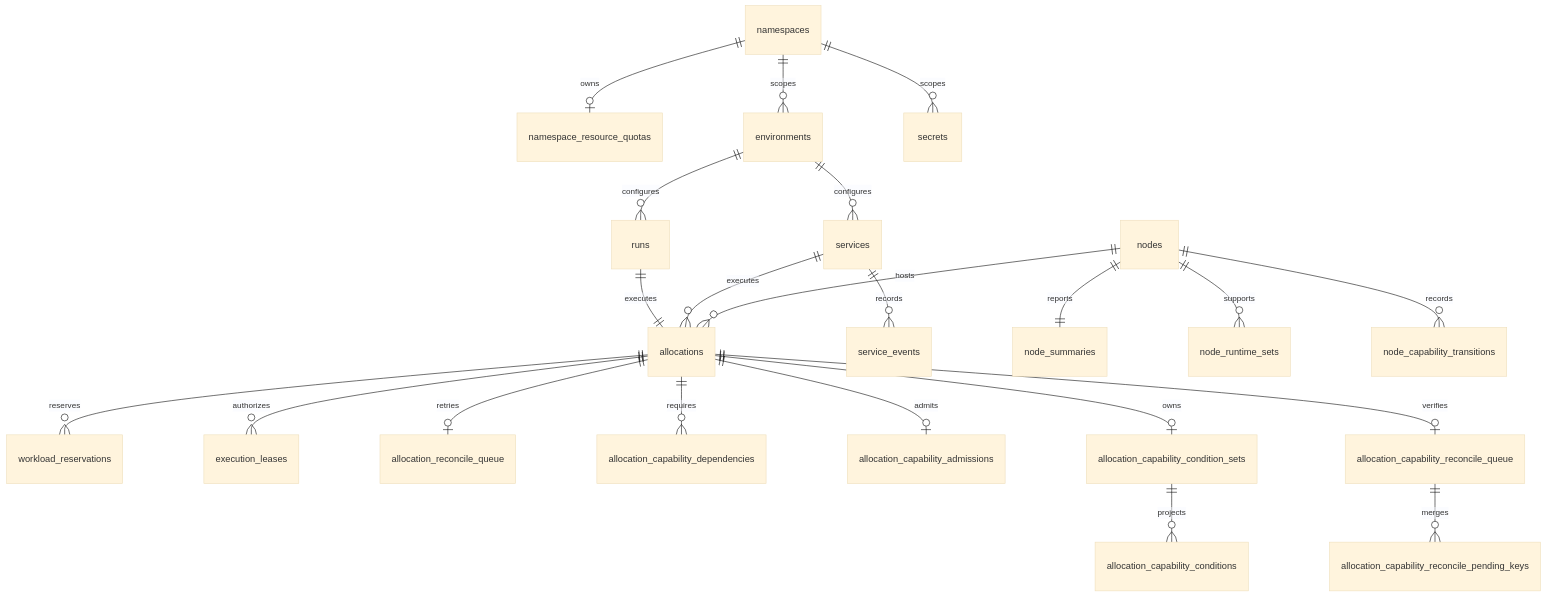
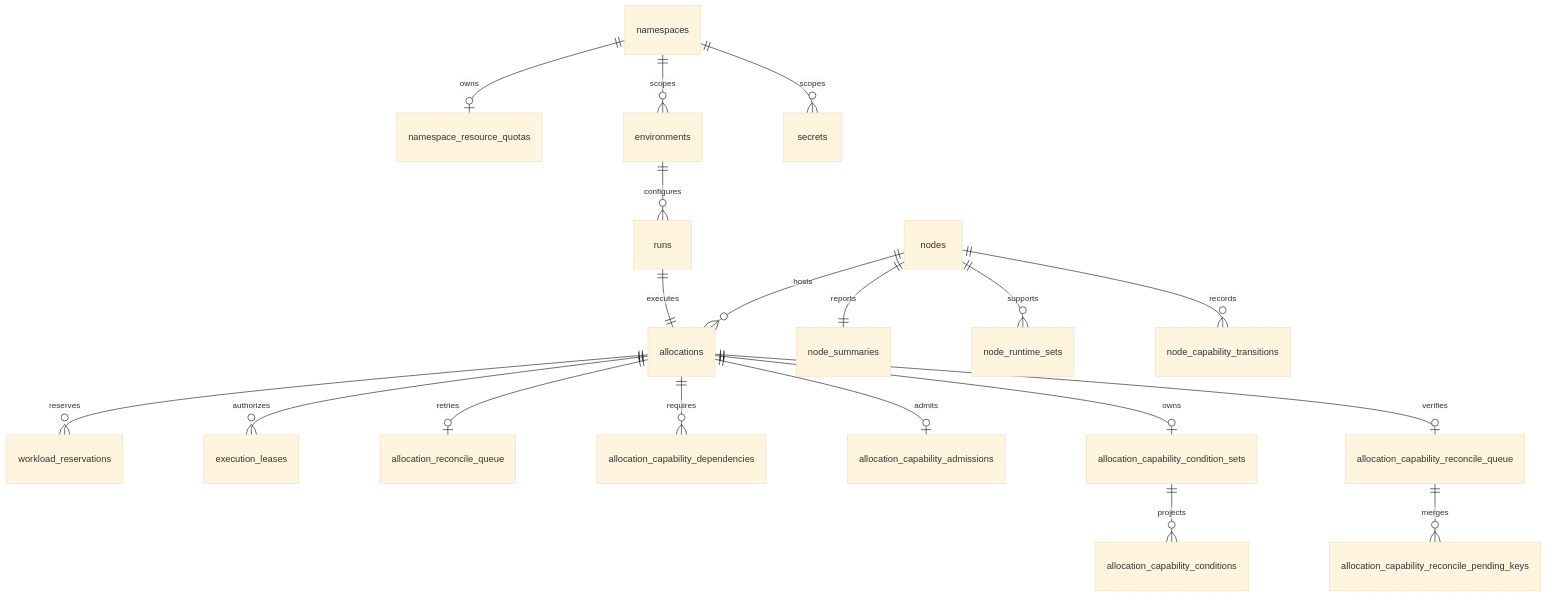
The second of 4 diagrams in control/controld/docs/postgres-schema-design.md (cofy-x/axern), drawn with Mermaid (base theme) before and after one commit. The commit also changed other lines of this file and 566 other files, not shown here.

````diff
--- a/control/controld/docs/postgres-schema-design.md
+++ b/control/controld/docs/postgres-schema-design.md
@@ -43,24 +43,21 @@
 ```mermaid
 erDiagram
   namespaces ||--o| namespace_resource_quotas : owns
   namespaces ||--o{ environments : scopes
   namespaces ||--o{ secrets : scopes
   environments ||--o{ runs : configures
-  environments ||--o{ services : configures
   runs ||--|| allocations : executes
-  services ||--o{ allocations : executes
-  services ||--o{ service_events : records
   nodes ||--o{ allocations : hosts
   nodes ||--|| node_summaries : reports
   nodes ||--o{ node_runtime_sets : supports
   allocations ||--o{ workload_reservations : reserves
   allocations ||--o{ execution_leases : authorizes
   allocations ||--o| allocation_reconcile_queue : retries
   allocations ||--o{ allocation_capability_dependencies : requires
 	allocations ||--o| allocation_capability_admissions : admits
   allocations ||--o| allocation_capability_condition_sets : owns
   allocation_capability_condition_sets ||--o{ allocation_capability_conditions : projects
   allocations ||--o| allocation_capability_reconcile_queue : verifies
   allocation_capability_reconcile_queue ||--o{ allocation_capability_reconcile_pending_keys : merges
   nodes ||--o{ node_capability_transitions : records
 ```
````
